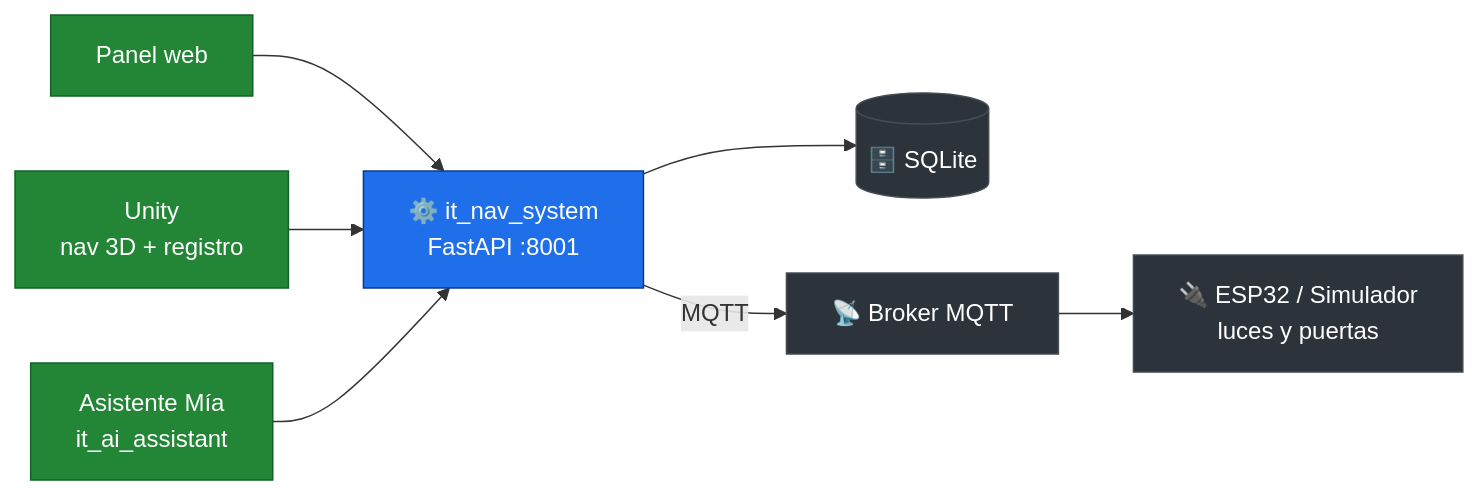
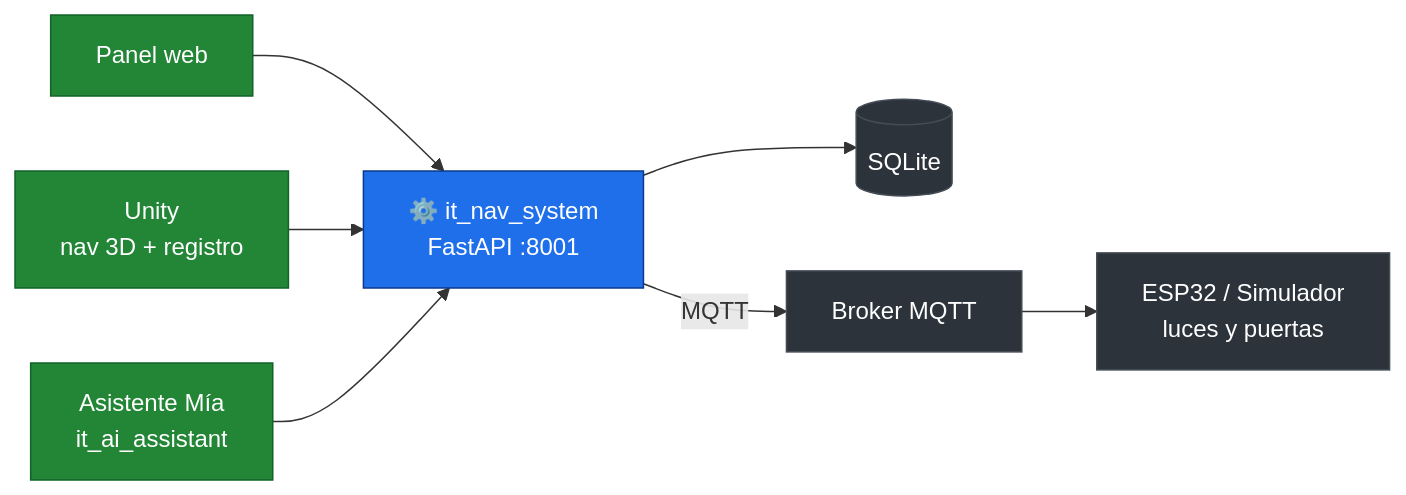
One commit to JonathanTorres06/it_nav_system changed the first of 2 diagrams in README.md. Above: the diagram before and after it, drawn with Mermaid.

Commit message:
/ Ajuste en el README

````diff
--- a/README.md
+++ b/README.md
@@ -47,16 +47,16 @@
 ```mermaid
 flowchart LR
     panel["Panel web"] --> api
     unity["Unity<br/>nav 3D + registro"] --> api
     mia["Asistente Mía<br/>it_ai_assistant"] --> api
-    api["⚙️ it_nav_system<br/>FastAPI :8001"] --> db[("🗄️ SQLite")]
-    api -->|MQTT| broker["📡 Broker MQTT"]
-    broker --> esp["🔌 ESP32 / Simulador<br/>luces y puertas"]
+    api["⚙️ it_nav_system<br/>FastAPI :8001"] --> db[("SQLite")]
+    api -->|MQTT| broker["Broker MQTT"]
+    broker --> esp["ESP32 / Simulador<br/>luces y puertas"]
 
     classDef core fill:#1f6feb,stroke:#0b3a8c,color:#fff;
     classDef cli fill:#238636,stroke:#116329,color:#fff;
     classDef ext fill:#2d333b,stroke:#444c56,color:#fff;
     class api core;
     class panel,unity,mia cli;
     class db,broker,esp ext;
 ```
````
